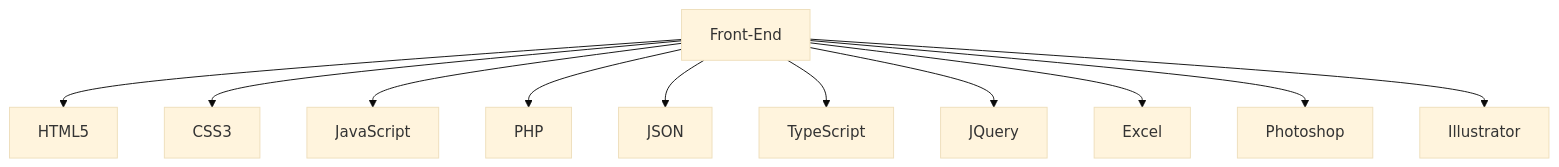
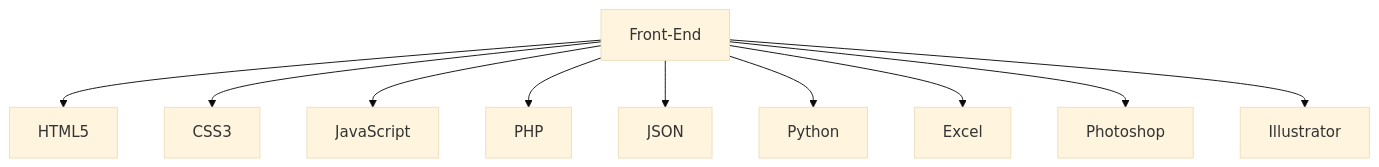
The diagram in README.md (johnjairoac/johnjairoac), drawn with Mermaid (base theme) before and after one commit.

Commit message:
leer.md
atualización

````diff
--- a/README.md
+++ b/README.md
@@ -26,13 +26,12 @@
 ```mermaid
 graph TD;
     Front-End-->HTML5;
     Front-End-->CSS3;
     Front-End-->JavaScript;
     Front-End-->PHP;
     Front-End-->JSON;
-    Front-End-->TypeScript;
-    Front-End-->JQuery;
+    Front-End-->Python;
     Front-End-->Excel;
     Front-End-->Photoshop;
     Front-End-->Illustrator;
  ```
````
